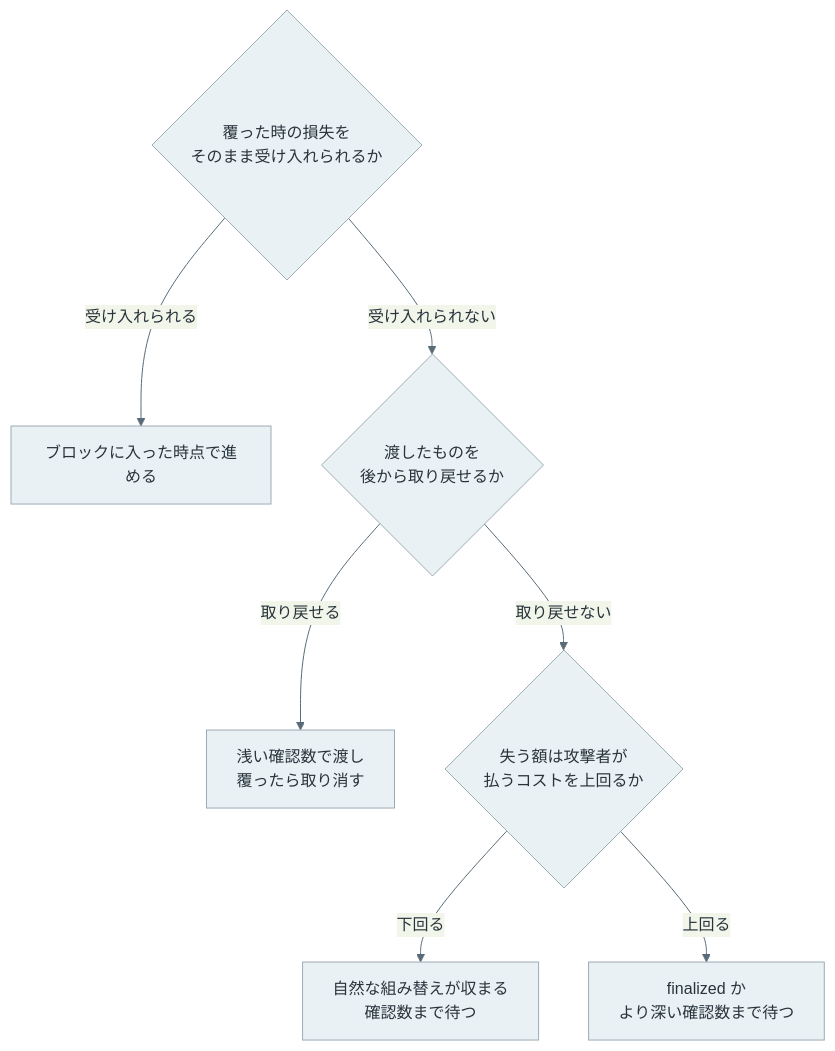
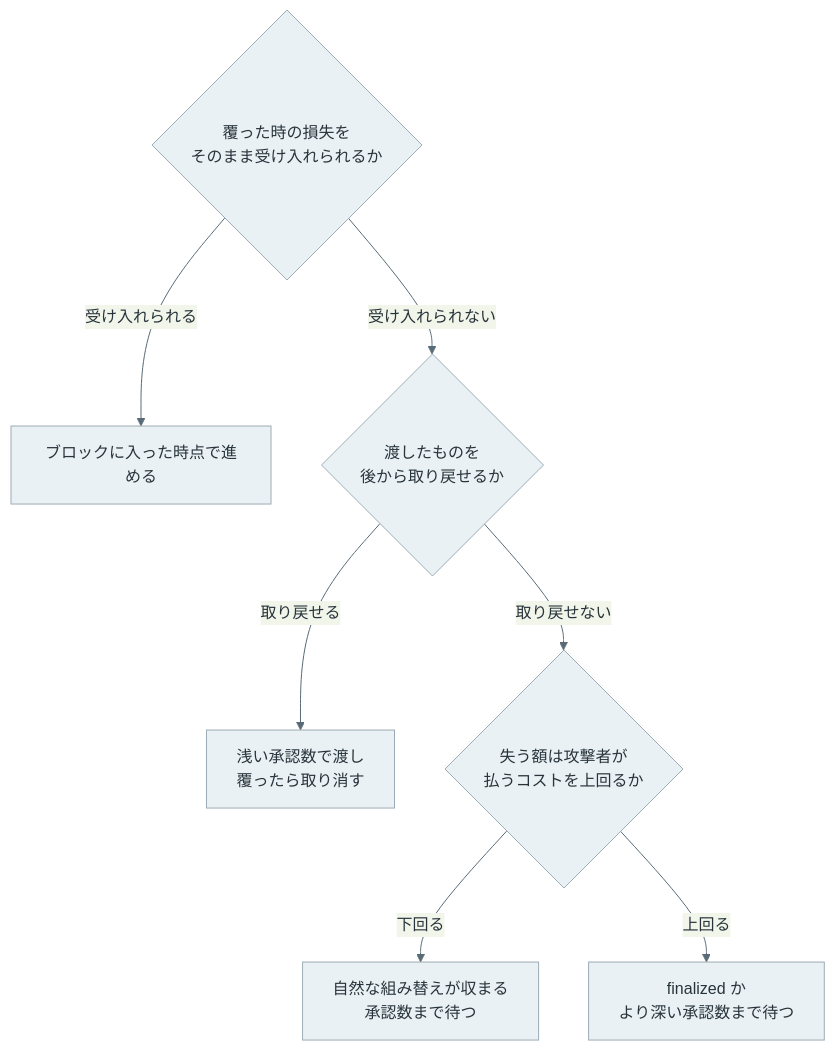
The seventh of 8 diagrams in content/notes/blockchain-systems/finality/index.md (nao1215/debimate), drawn with Mermaid before and after one commit. The commit also changed other lines of this file and 12 other files, not shown here.

````diff
--- a/content/notes/blockchain-systems/finality/index.md
+++ b/content/notes/blockchain-systems/finality/index.md
@@ -273,11 +273,11 @@
 ```mermaid
 %%{init: {"theme":"base","themeVariables":{"primaryColor":"#eaf1f5","primaryTextColor":"#28343b","primaryBorderColor":"#9cabb5","lineColor":"#596b76","textColor":"#28343b","actorBkg":"#eaf1f5","actorBorder":"#9cabb5","actorTextColor":"#28343b","actorLineColor":"#9cabb5","signalColor":"#596b76","signalTextColor":"#28343b","noteBkgColor":"#f7f1e5","noteBorderColor":"#c5b99b","noteTextColor":"#403c32","activationBkgColor":"#edf3ef","activationBorderColor":"#9aafa1"}}}%%
 flowchart TD
     A{"覆った時の損失を<br/>そのまま受け入れられるか"} -->|"受け入れられる"| B["ブロックに入った時点で進める"]
     A -->|"受け入れられない"| C{"渡したものを<br/>後から取り戻せるか"}
-    C -->|"取り戻せる"| D["浅い確認数で渡し<br/>覆ったら取り消す"]
+    C -->|"取り戻せる"| D["浅い承認数で渡し<br/>覆ったら取り消す"]
     C -->|"取り戻せない"| E{"失う額は攻撃者が<br/>払うコストを上回るか"}
-    E -->|"下回る"| F["自然な組み替えが収まる<br/>確認数まで待つ"]
-    E -->|"上回る"| G["finalized か<br/>より深い確認数まで待つ"]
+    E -->|"下回る"| F["自然な組み替えが収まる<br/>承認数まで待つ"]
+    E -->|"上回る"| G["finalized か<br/>より深い承認数まで待つ"]
     classDef default fill:#eaf1f5,stroke:#9cabb5,color:#28343b;
 ```
````
